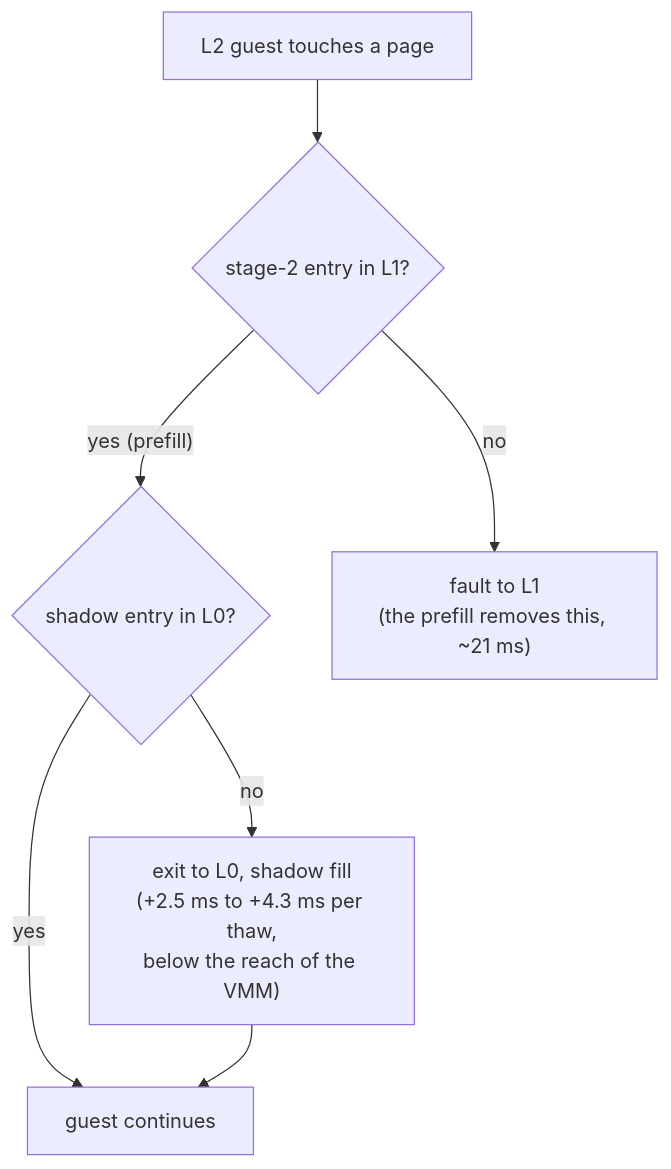
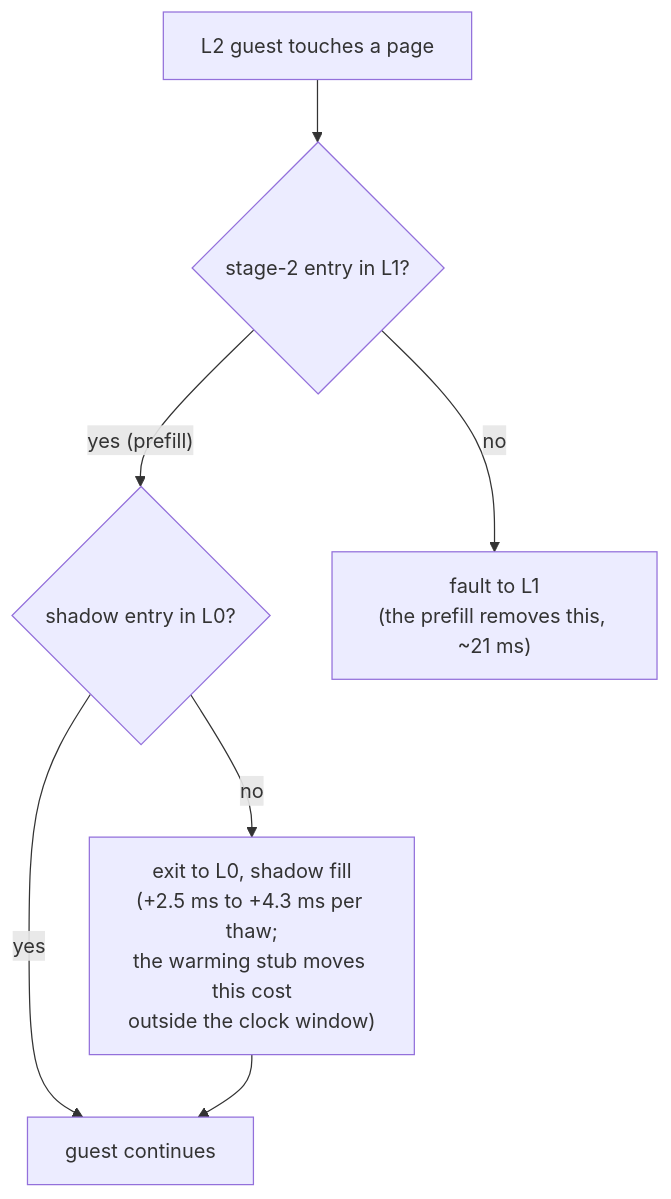
Before and after one commit to omne-earth/cella: the sixth of 7 diagrams in docs/FREEZE-THAW.md, drawn with Mermaid. The commit also changed other lines of this file and 2 other files, not shown here.

First line of the commit message:
Reconcile the documents with the warming fix, and add The fix section

````diff
--- a/docs/FREEZE-THAW.md
+++ b/docs/FREEZE-THAW.md
@@ -232,9 +235,9 @@
 ```mermaid
 flowchart TD
     L2["L2 guest touches a page"] --> Q1{"stage-2 entry in L1?"}
     Q1 -->|"yes (prefill)"| Q2{"shadow entry in L0?"}
     Q1 -->|no| F1["fault to L1<br/>(the prefill removes this, ~21 ms)"]
     Q2 -->|yes| RUN["guest continues"]
-    Q2 -->|no| F0["exit to L0, shadow fill<br/>(+2.5 ms to +4.3 ms per thaw,<br/>below the reach of the VMM)"]
+    Q2 -->|no| F0["exit to L0, shadow fill<br/>(+2.5 ms to +4.3 ms per thaw;<br/>the warming stub moves this cost<br/>outside the clock window)"]
     F0 --> RUN
 ```
````
